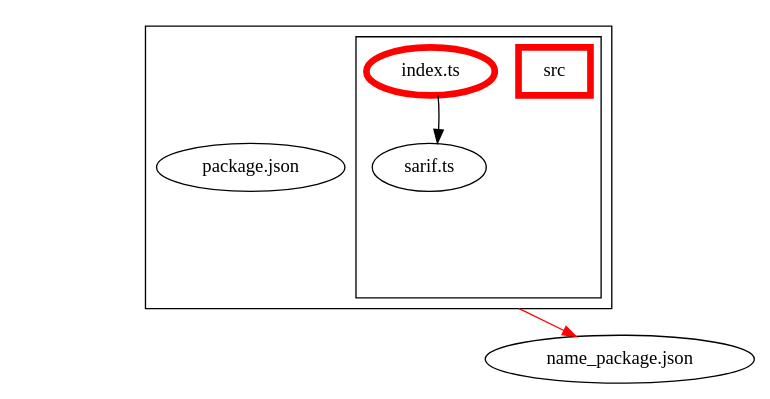
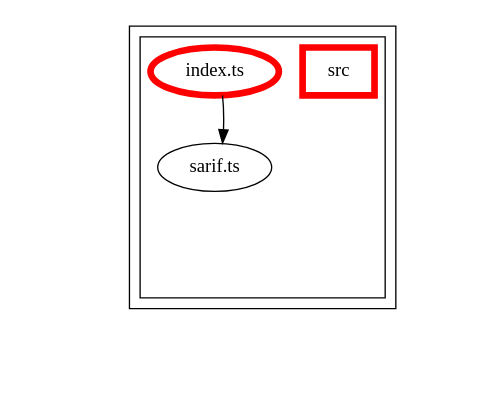
Before and after one commit to Siteimprove/alfa-integrations: the diagram in packages/alfa-formatter-sarif/docs/dependency-graph.dot, drawn with Graphviz. The commit also changed 1 other file, not shown here.

Commit message:
Update dependency graphs

```diff
--- a/packages/alfa-formatter-sarif/docs/dependency-graph.dot
+++ b/packages/alfa-formatter-sarif/docs/dependency-graph.dot
@@ -1,80 +1,65 @@
 digraph "dependency-graph-[object Object]" {
   compound = true;
   "dependency-graph-[object Object]" [
     style = "invis";
   ];
   "src/sarif.ts";
-  "package.json";
-  "exit_src";
-  "name_package.json";
   subgraph "cluster_src" {
     color = "#000000";
     label = "";
     "name_src" [
       penwidth = 5;
       shape = "rectangle";
       color = "#ff0000";
       label = "src";
     ];
     "exit_src" [
       style = "invis";
-    ];
-    "package.json" [
-      label = "package.json";
     ];
     subgraph "cluster_src" {
       color = "#000000";
       label = "";
       "name_src" [
         penwidth = 5;
         shape = "rectangle";
         color = "#ff0000";
         label = "src";
       ];
       "exit_src" [
         style = "invis";
       ];
       "src/index.ts" [
         label = "index.ts";
         color = "#ff0000";
         penwidth = 5;
       ];
       "src/sarif.ts" [
         label = "sarif.ts";
       ];
       "src/index.ts" -> "exit_src" [
         style = "invis";
       ];
       "src/sarif.ts" -> "exit_src" [
         style = "invis";
       ];
     }
-    "package.json" -> "exit_src" [
-      style = "invis";
-    ];
     "exit_src" -> "exit_src" [
       style = "invis";
     ];
     "exit_src" -> "exit_src" [
       style = "invis";
     ];
   }
   "exit_src" -> "dependency-graph-[object Object]" [
     style = "invis";
   ];
   "src/index.ts" -> "src/sarif.ts" [
     style = "invis";
   ];
   "src/index.ts" -> "src/sarif.ts" [
     style = "solid";
     ltail = "cluster_src/index.ts";
     lhead = "cluster_src/sarif.ts";
     color = "black";
   ];
-  "exit_src" -> "name_package.json" [
-    style = "solid";
-    ltail = "cluster_src";
-    lhead = "cluster_package.json";
-    color = "#ff0000";
-  ];
 }
```
